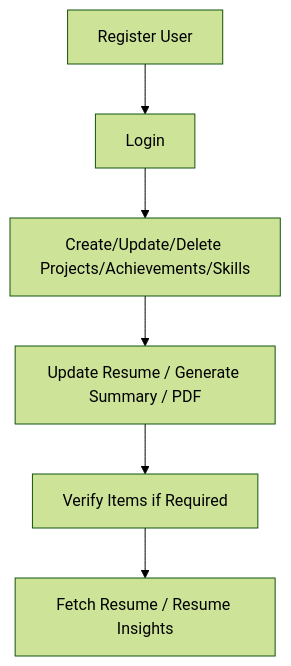
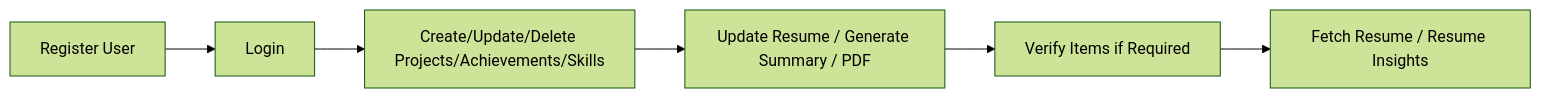
The fifth of 5 diagrams in README.md (AsjadJDawre/ResumeSystem), drawn with Mermaid (forest theme) before and after one commit. The commit also changed other lines of this file and 1 other file, not shown here.

````diff
--- a/README.md
+++ b/README.md
@@ -358,8 +357,8 @@
 ```mermaid
-flowchart TD
+flowchart LR
     A[Register User] --> B[Login]
     B --> C[Create/Update/Delete Projects/Achievements/Skills]
     C --> D[Update Resume / Generate Summary / PDF]
     D --> E[Verify Items if Required]
     E --> F[Fetch Resume / Resume Insights]
 ```
````
